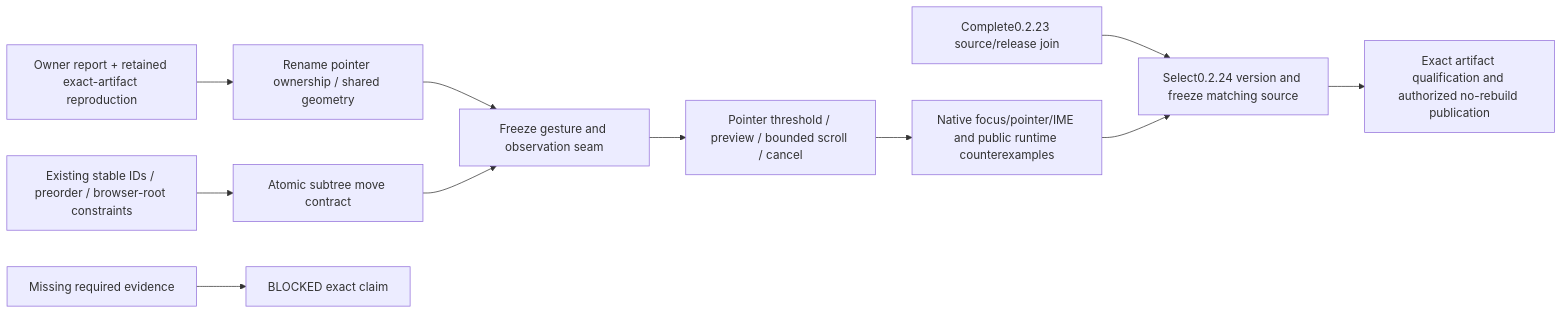
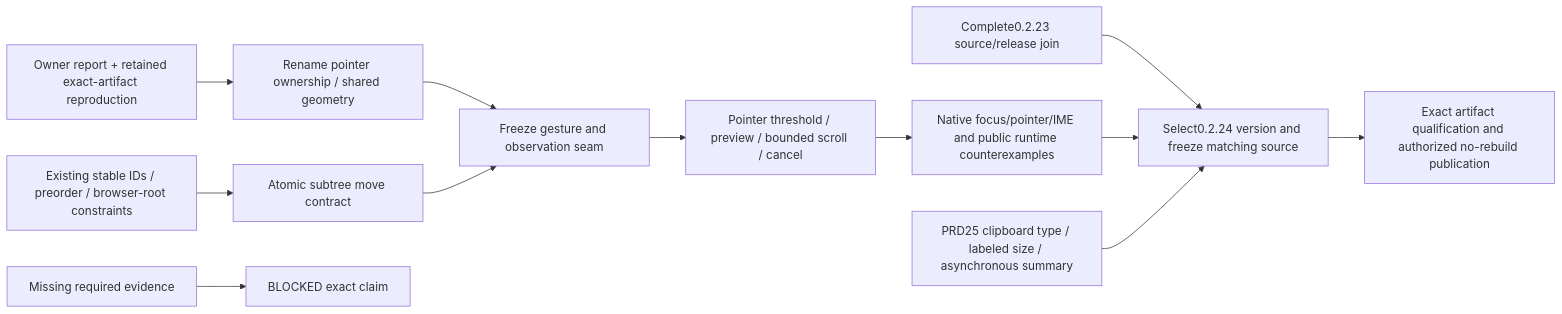
The diagram in plan/plan-v0.2.24.md (partnernetsoftware/minicon), drawn with Mermaid before and after one commit. The commit also changed other lines of this file and 2 other files, not shown here.

Commit message:
Plan clipboard type and labeled size status for 0.2.24

````diff
--- a/plan/plan-v0.2.24.md
+++ b/plan/plan-v0.2.24.md
@@ -48,13 +51,14 @@
 ```mermaid
 flowchart LR
     O[Owner report + retained exact-artifact reproduction] --> R[Rename pointer ownership / shared geometry]
     BASE[Existing stable IDs / preorder / browser-root constraints] --> M[Atomic subtree move contract]
     R --> S[Freeze gesture and observation seam]
     M --> S
     S --> D[Pointer threshold / preview / bounded scroll / cancel]
     D --> N[Native focus/pointer/IME and public runtime counterexamples]
     V[Complete0.2.23 source/release join] --> FREEZE[Select0.2.24 version and freeze matching source]
     N --> FREEZE
+    CLIP[PRD25 clipboard type / labeled size / asynchronous summary] --> FREEZE
     FREEZE --> Q[Exact artifact qualification and authorized no-rebuild publication]
     MISS[Missing required evidence] --> BLOCK[BLOCKED exact claim]
 ```
````
